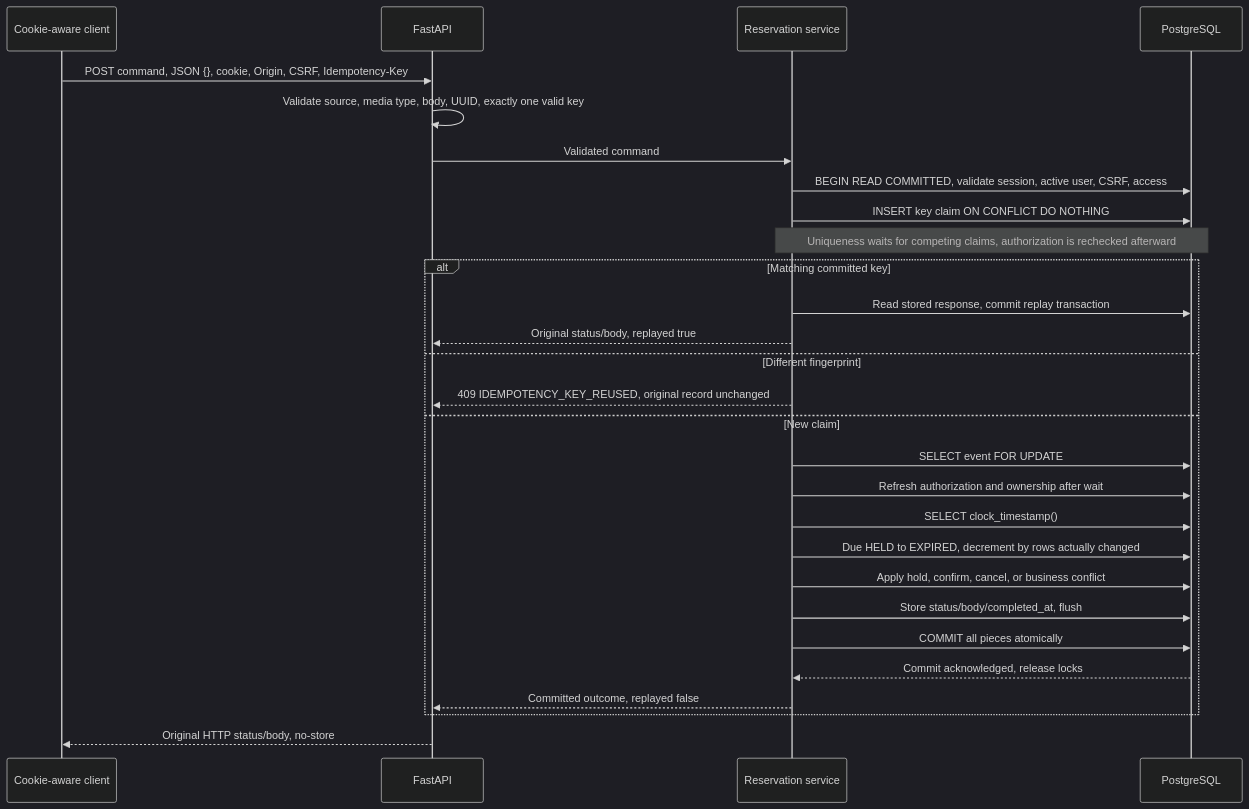
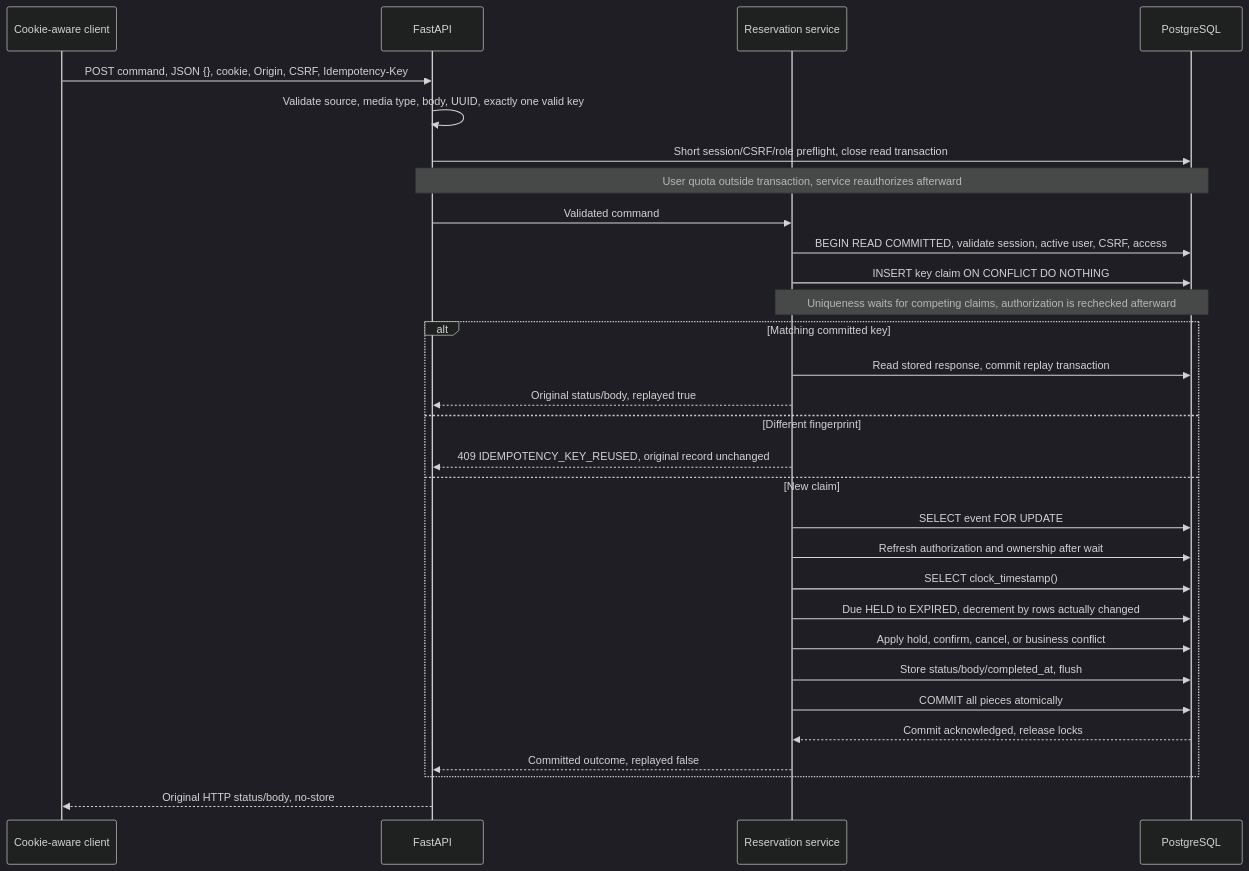
The third of 4 diagrams in docs/architecture.md (ShreyasKowshal/Concurrency-Safe-Reservation-System), drawn with Mermaid (dark theme) before and after one commit. The commit also changed other lines of this file and 31 other files, not shown here.

````diff
--- a/docs/architecture.md
+++ b/docs/architecture.md
@@ -172,30 +181,32 @@
 ```mermaid
 sequenceDiagram
     participant Client as Cookie-aware client
     participant Api as FastAPI
     participant Service as Reservation service
     participant Db as PostgreSQL
     Client->>Api: POST command, JSON {}, cookie, Origin, CSRF, Idempotency-Key
     Api->>Api: Validate source, media type, body, UUID, exactly one valid key
+    Api->>Db: Short session/CSRF/role preflight, close read transaction
+    Note over Api,Db: User quota outside transaction, service reauthorizes afterward
     Api->>Service: Validated command
     Service->>Db: BEGIN READ COMMITTED, validate session, active user, CSRF, access
     Service->>Db: INSERT key claim ON CONFLICT DO NOTHING
     Note over Service,Db: Uniqueness waits for competing claims, authorization is rechecked afterward
     alt Matching committed key
         Service->>Db: Read stored response, commit replay transaction
         Service-->>Api: Original status/body, replayed true
     else Different fingerprint
         Service-->>Api: 409 IDEMPOTENCY_KEY_REUSED, original record unchanged
     else New claim
         Service->>Db: SELECT event FOR UPDATE
         Service->>Db: Refresh authorization and ownership after wait
         Service->>Db: SELECT clock_timestamp()
         Service->>Db: Due HELD to EXPIRED, decrement by rows actually changed
         Service->>Db: Apply hold, confirm, cancel, or business conflict
         Service->>Db: Store status/body/completed_at, flush
         Service->>Db: COMMIT all pieces atomically
         Db-->>Service: Commit acknowledged, release locks
         Service-->>Api: Committed outcome, replayed false
     end
     Api-->>Client: Original HTTP status/body, no-store
 ```
````
